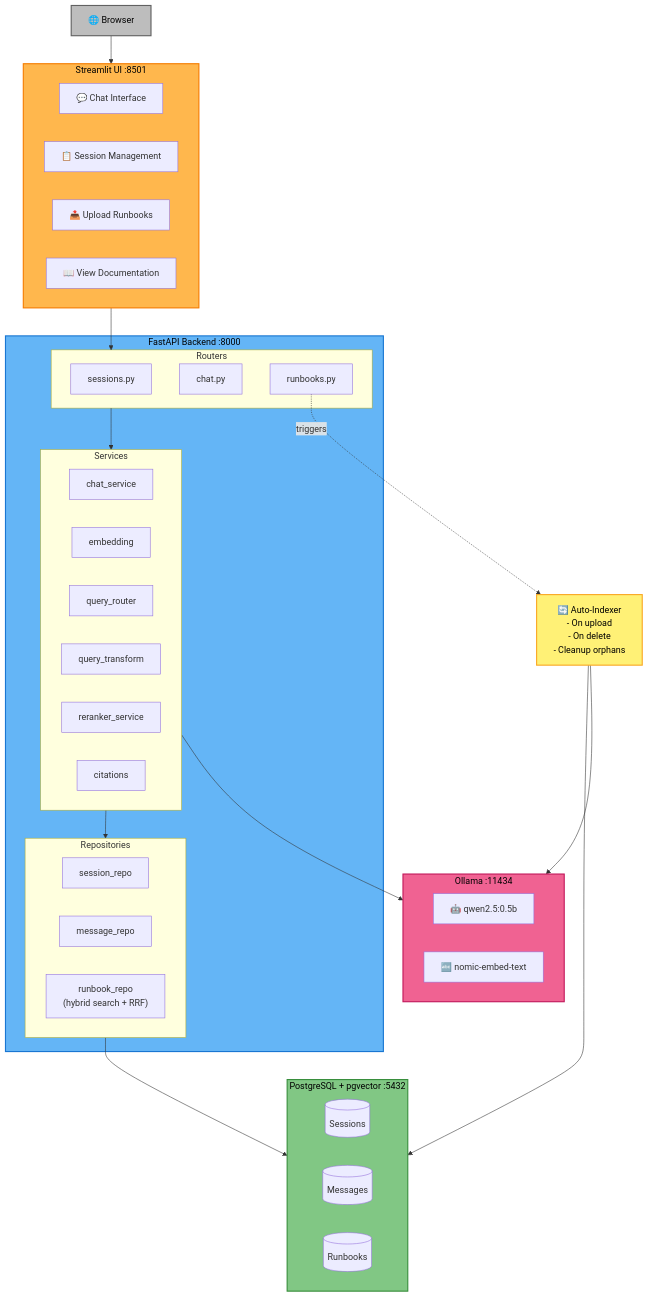
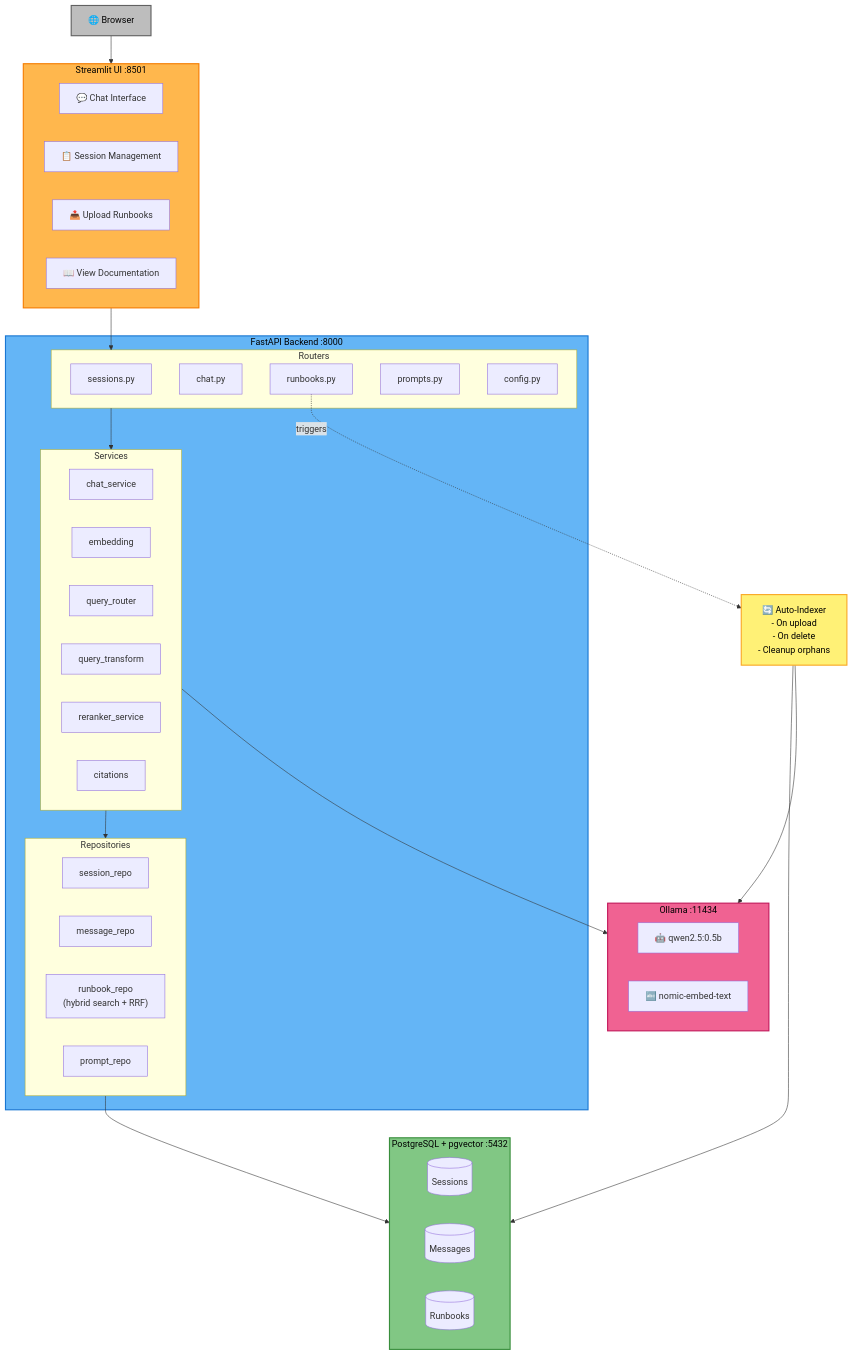
Before and after one commit to YonathanGuez/DocLocalAI: the diagram in README.md, drawn with Mermaid. The commit also changed other lines of this file and 5 other files, not shown here.

````diff
--- a/README.md
+++ b/README.md
@@ -139,64 +139,67 @@
 ```mermaid
 graph TB
     Browser[🌐 Browser]
 
     subgraph UI["Streamlit UI :8501"]
         Chat[💬 Chat Interface]
         Sessions[📋 Session Management]
         Upload[📤 Upload Runbooks]
         ViewDocs[📖 View Documentation]
     end
 
     subgraph Backend["FastAPI Backend :8000"]
         subgraph Routers
             SessionRouter[sessions.py]
             ChatRouter[chat.py]
             RunbookRouter[runbooks.py]
+            PromptRouter[prompts.py]
+            ConfigRouter[config.py]
         end
 
         subgraph Services
             ChatService[chat_service]
             EmbeddingService[embedding]
             QueryRouter[query_router]
             QueryTransform[query_transform]
             Reranker[reranker_service]
             Citations[citations]
         end
 
         subgraph Repositories
             SessionRepo[session_repo]
             MessageRepo[message_repo]
             RunbookRepo["runbook_repo<br/>(hybrid search + RRF)"]
+            PromptRepo[prompt_repo]
         end
     end
 
     subgraph Database["PostgreSQL + pgvector :5432"]
         Sessions_DB[(Sessions)]
         Messages_DB[(Messages)]
         Runbooks_DB[(Runbooks)]
     end
 
     subgraph LLM["Ollama :11434"]
         Model[🤖 qwen2.5:0.5b]
         Embeddings[🔤 nomic-embed-text]
     end
 
     Indexer[🔄 Auto-Indexer<br/>- On upload<br/>- On delete<br/>- Cleanup orphans]
 
     Browser --> UI
     UI --> Routers
     Routers --> Services
     Services --> Repositories
     Repositories --> Database
     Services --> LLM
     RunbookRouter -.->|triggers| Indexer
     Indexer --> Database
     Indexer --> LLM
 
     style Browser fill:#bdbdbd,stroke:#616161,stroke-width:2px,color:#000
     style UI fill:#ffb74d,stroke:#f57c00,stroke-width:2px,color:#000
     style Backend fill:#64b5f6,stroke:#1976d2,stroke-width:2px,color:#000
     style Database fill:#81c784,stroke:#388e3c,stroke-width:2px,color:#000
     style LLM fill:#f06292,stroke:#c2185b,stroke-width:2px,color:#000
     style Indexer fill:#fff176,stroke:#f9a825,stroke-width:2px,color:#000
 ```
````
